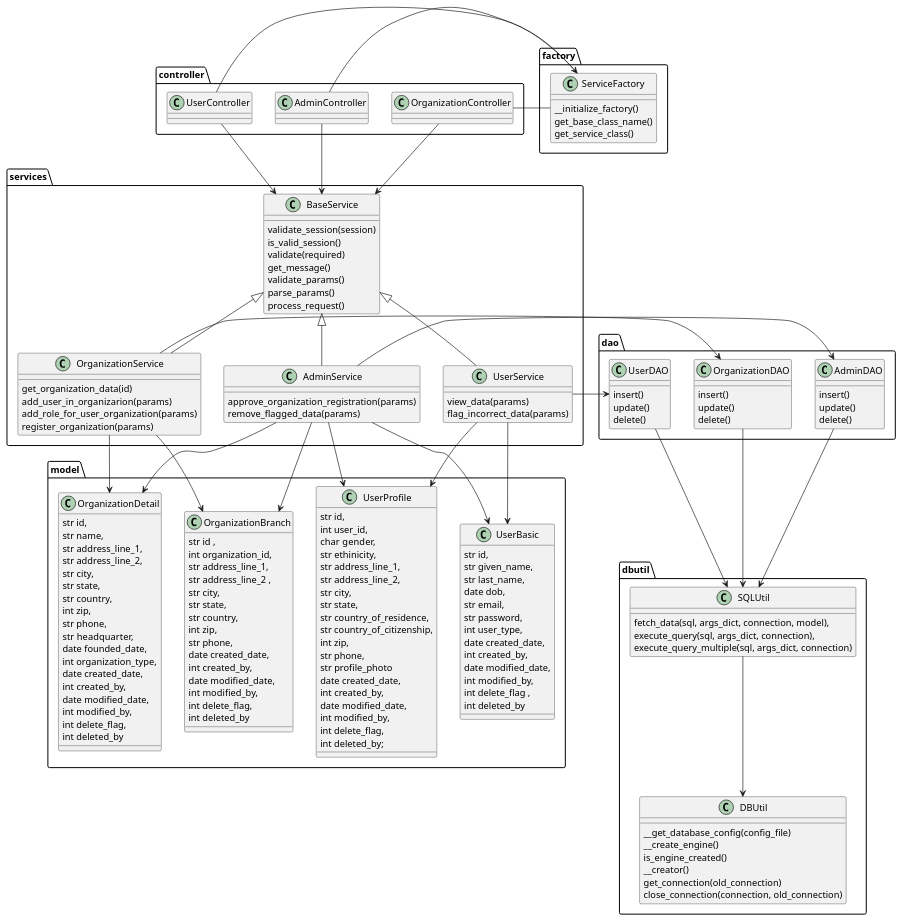
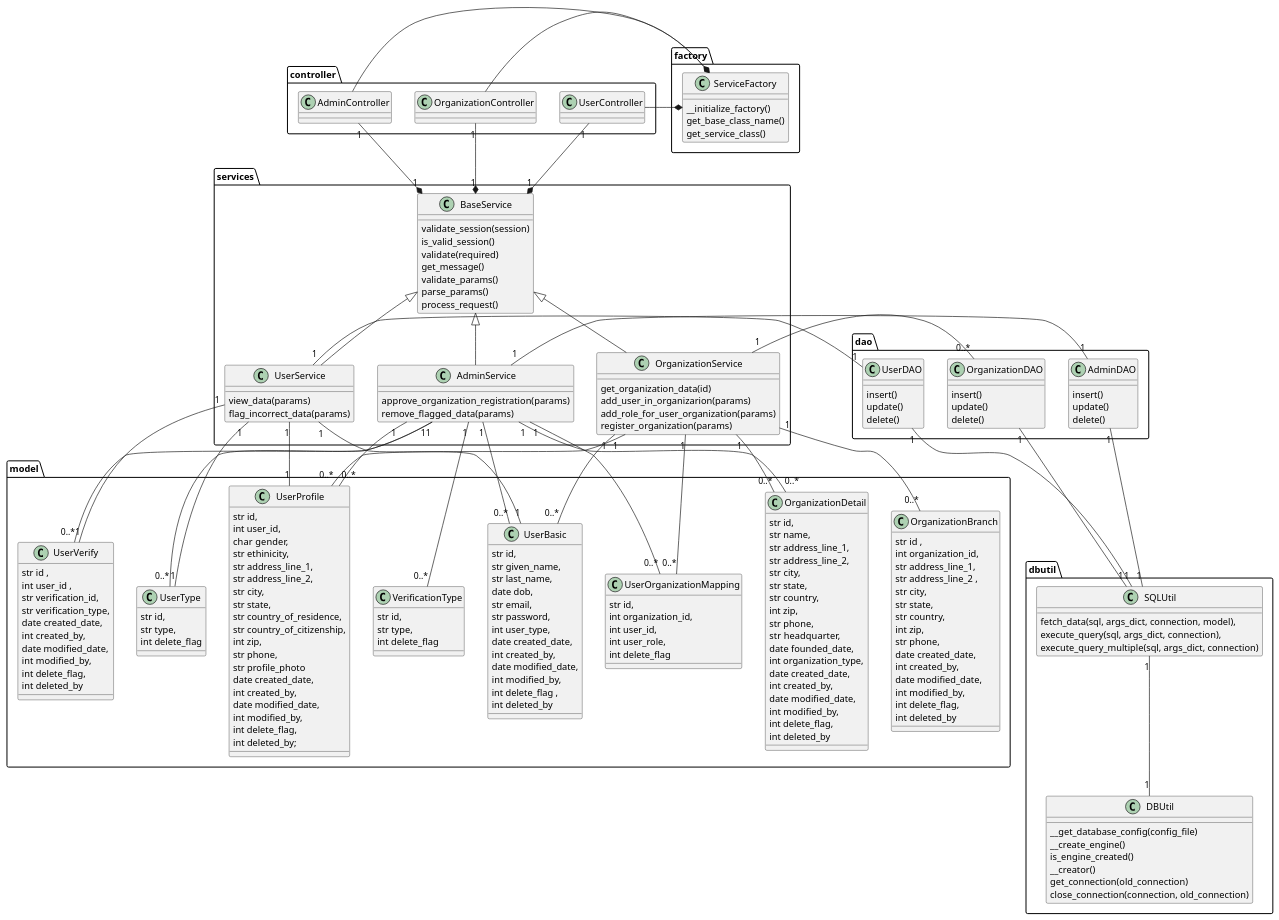
Before and after one commit to Divyang-Soni/User-Authentication-using-blockchain-technology: the diagram in userauthentication-api/uml/class_diagram.puml, drawn with PlantUML.

Commit message:
multiplicity added

```diff
--- a/userauthentication-api/uml/class_diagram.puml
+++ b/userauthentication-api/uml/class_diagram.puml
@@ -91,6 +91,41 @@
         int delete_flag,
         int deleted_by
     }
+
+    class UserVerify{
+           str id ,
+           int user_id ,
+           str verification_id,
+           str verification_type,
+           date created_date,
+           int created_by,
+           date modified_date,
+           int modified_by,
+           int delete_flag,
+           int deleted_by
+    }
+
+    class UserType{
+        str id,
+        str type,
+        int delete_flag
+    }
+
+    class UserOrganizationMapping{
+        str id,
+        int organization_id,
+        int user_id,
+        int user_role,
+        int delete_flag
+    }
+
+    class VerificationType{
+        str id,
+        str type,
+        int delete_flag
+    }
+
+
 }
 
 package services{
@@ -157,34 +192,40 @@
 BaseService <|-- OrganizationService
 BaseService <|-- AdminService
 
-UserController -> ServiceFactory
-OrganizationController - ServiceFactory
-AdminController - ServiceFactory
+UserController -* ServiceFactory
+OrganizationController -* ServiceFactory
+AdminController -* ServiceFactory
 
 
-UserController --> BaseService
-OrganizationController --> BaseService
-AdminController --> BaseService
+UserController "1" --* "1" BaseService
+OrganizationController "1" --* "1" BaseService
+AdminController "1" --* "1" BaseService
 
-UserService --> UserBasic
-UserService --> UserProfile
+UserService "1" -- "1" UserBasic
+UserService "1" -- "1" UserProfile
+UserService "1" -- "1" UserVerify
+UserService "1" -- "1" UserType
 
-OrganizationService --> OrganizationDetail
-OrganizationService --> OrganizationBranch
+OrganizationService "1" -- "0..*" OrganizationDetail
+OrganizationService "1" -- "0..*" OrganizationBranch
+OrganizationService "1" -- "0..*" UserOrganizationMapping
+OrganizationService "1" -- "0..*" UserBasic
+OrganizationService "1" -- "0..*" UserProfile
+AdminService "1" -- "0..*" UserBasic
+AdminService "1" -- "0..*" UserProfile
+AdminService "1" -- "0..*" OrganizationDetail
+AdminService "1" -- "0..*" UserVerify
+AdminService "1" -- "0..*" UserType
+AdminService "1" -- "0..*" UserOrganizationMapping
+AdminService "1" -- "0..*" VerificationType
 
-AdminService --> UserBasic
-AdminService --> UserProfile
-AdminService --> OrganizationDetail
-AdminService --> OrganizationBranch
+AdminService "1" - "1" AdminDAO
+OrganizationService "1" - "0..*" OrganizationDAO
+UserService "1" - "1" UserDAO
 
-AdminService -> AdminDAO
-OrganizationService -> OrganizationDAO
-UserService -> UserDAO
+OrganizationDAO "1" -- "1" SQLUtil
+UserDAO "1" -- "1" SQLUtil
+AdminDAO "1" -- "1" SQLUtil
 
-OrganizationDAO --> SQLUtil
-UserDAO --> SQLUtil
-AdminDAO --> SQLUtil
-
-SQLUtil -->  DBUtil
-
+SQLUtil "1" -- "1" DBUtil
 @enduml
```
